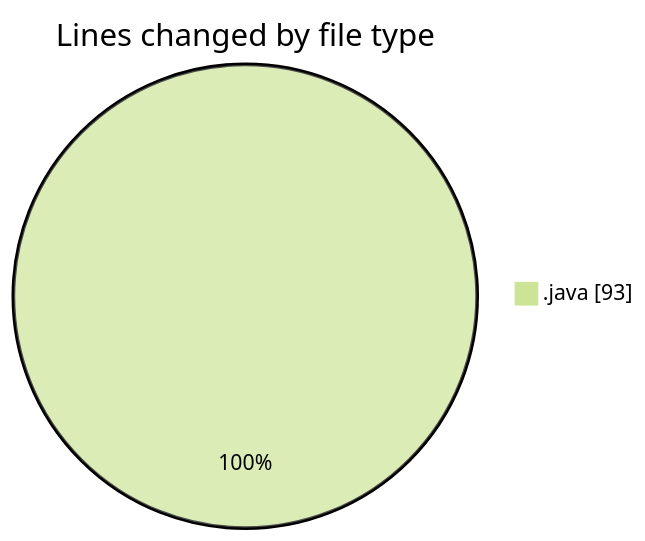
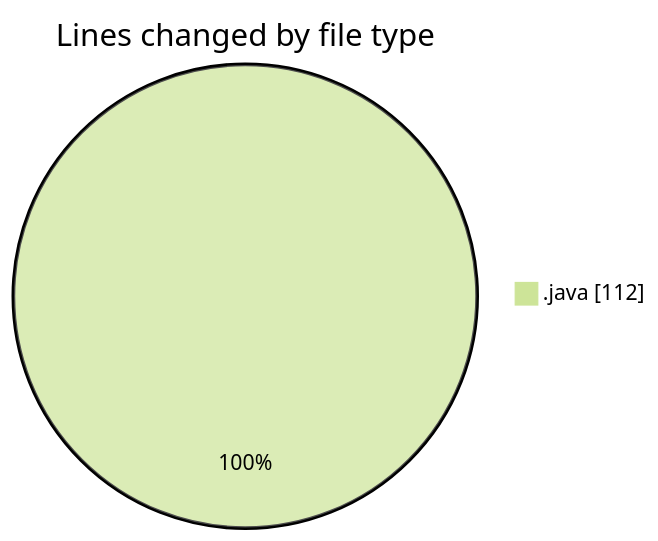
One commit to NitaiMahat/code-tracking changed the first of 2 diagrams in 2025-03-14/startfiles/README.md. Above: the diagram before and after it, drawn with Mermaid (forest theme). The commit also changed other lines of this file and 1 other file, not shown here.

````diff
--- a/2025-03-14/startfiles/README.md
+++ b/2025-03-14/startfiles/README.md
@@ -20,5 +20,5 @@
 ```mermaid
 pie showData
 title Lines changed by file type
-".java" : 93
+".java" : 112
 ```
````
